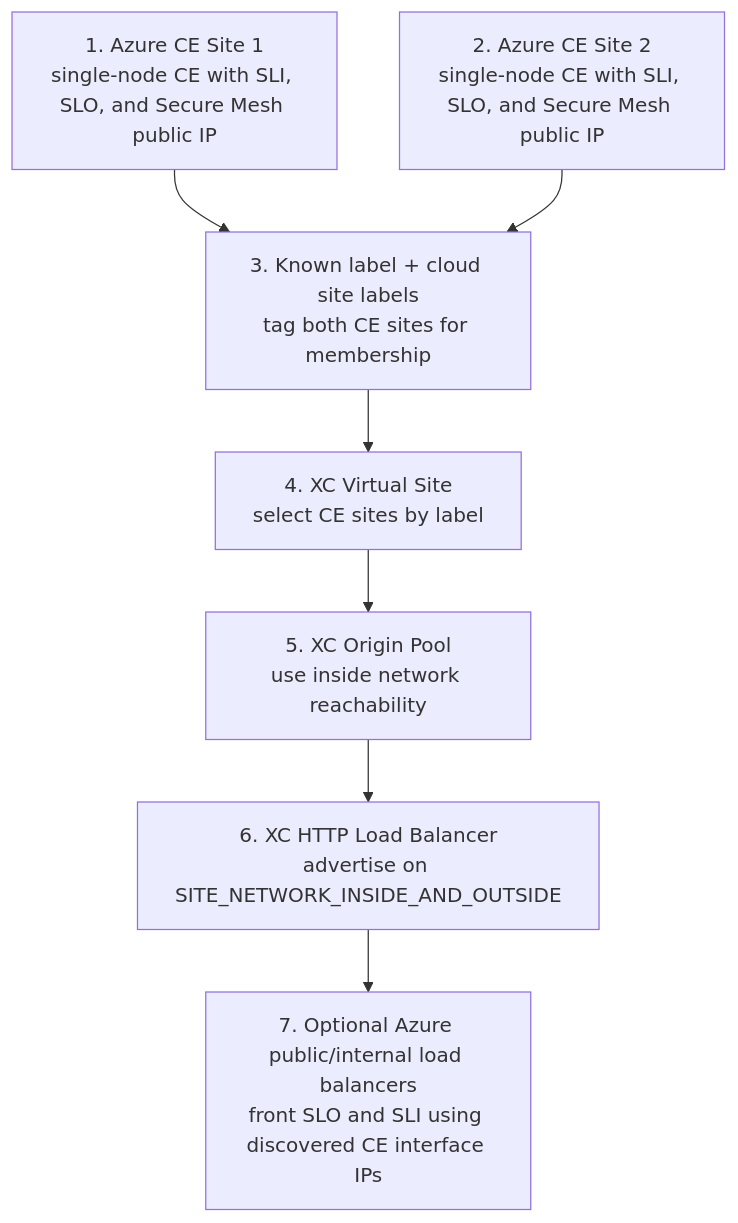
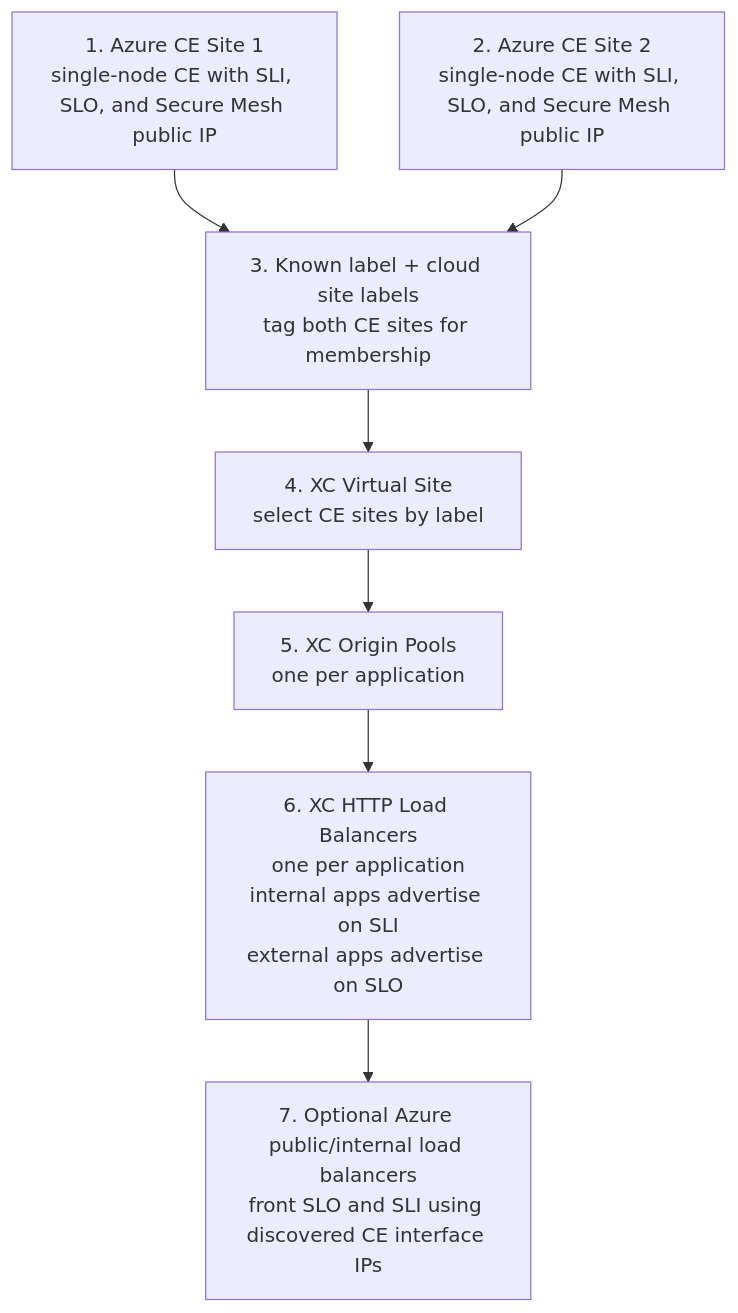
The diagram in docs/deployment-diagram.md (jackyatesaustin/single-node-virtual-site-two-interface), drawn with Mermaid before and after one commit. The commit also changed other lines of this file and 12 other files, not shown here.

Commit message:
Support per-application HTTP load balancers

````diff
--- a/docs/deployment-diagram.md
+++ b/docs/deployment-diagram.md
@@ -5,14 +5,14 @@
 ```mermaid
 flowchart TD
   step1["1. Azure CE Site 1<br/>single-node CE with SLI, SLO, and Secure Mesh public IP"]
   step2["2. Azure CE Site 2<br/>single-node CE with SLI, SLO, and Secure Mesh public IP"]
   step3["3. Known label + cloud site labels<br/>tag both CE sites for membership"]
   step4["4. XC Virtual Site<br/>select CE sites by label"]
-  step5["5. XC Origin Pool<br/>use inside network reachability"]
-  step6["6. XC HTTP Load Balancer<br/>advertise on SITE_NETWORK_INSIDE_AND_OUTSIDE"]
+  step5["5. XC Origin Pools<br/>one per application"]
+  step6["6. XC HTTP Load Balancers<br/>one per application<br/>internal apps advertise on SLI<br/>external apps advertise on SLO"]
   step7["7. Optional Azure public/internal load balancers<br/>front SLO and SLI using discovered CE interface IPs"]
 
   step1 --> step3
   step2 --> step3
   step3 --> step4 --> step5 --> step6 --> step7
 ```
````
